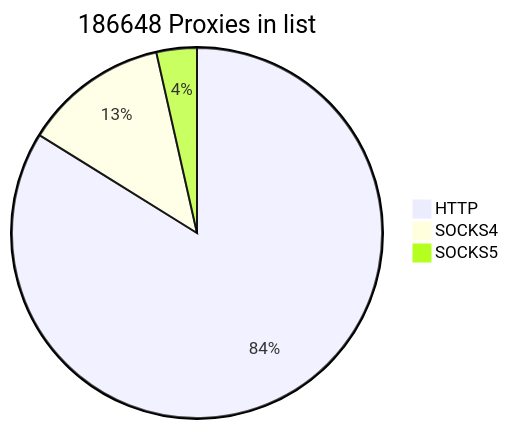
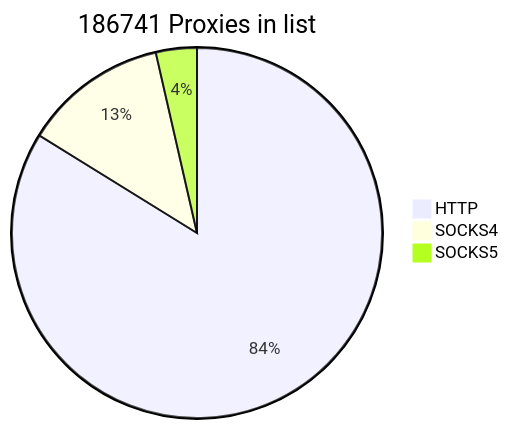
Before and after one commit to cutipu/proxylist: the first of 2 diagrams in README.md, drawn with Mermaid. The commit also changed other lines of this file, not shown here.

````diff
--- a/README.md
+++ b/README.md
@@ -2,7 +2,7 @@
 ```mermaid
-pie title 186648 Proxies in list
+pie title 186741 Proxies in list
     "HTTP" : 156513
     "SOCKS4" : 23550
-    "SOCKS5" : 6585
+    "SOCKS5" : 6678
             
 ```
````
